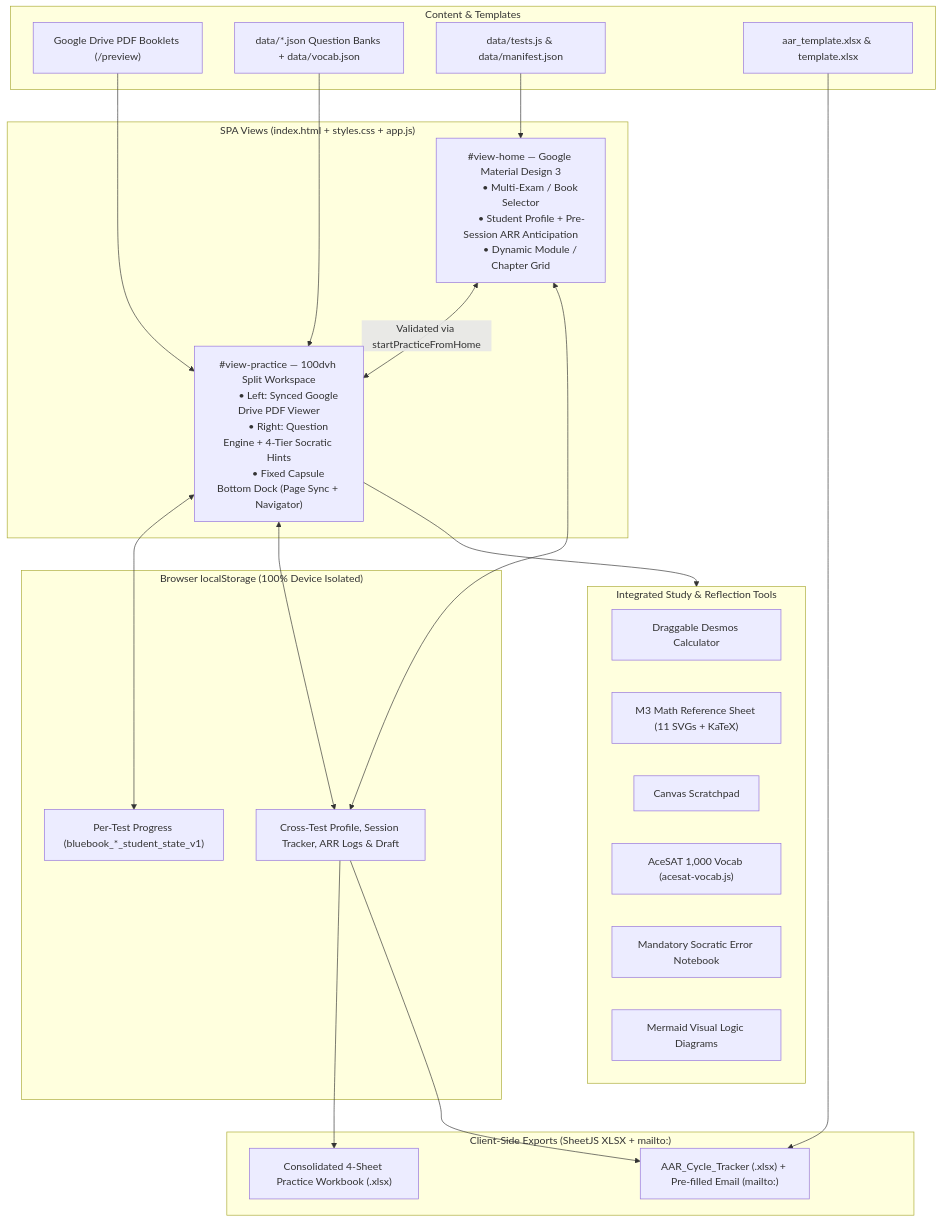
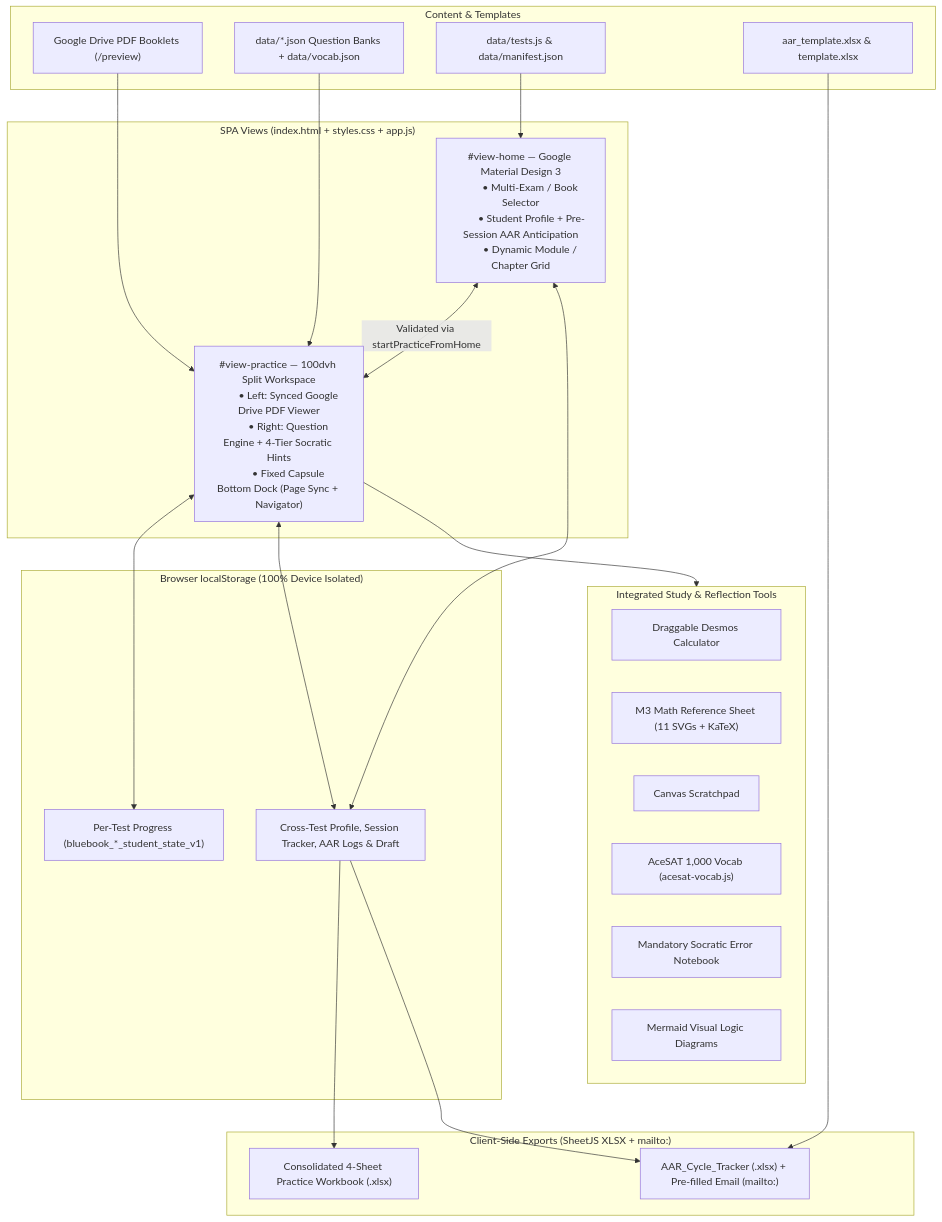
The diagram in .agents/skills/vinschool-sat-team/SKILL.md (mikepham358/vinschool-sat-team), drawn with Mermaid before and after one commit. The commit also changed other lines of this file and 7 other files, not shown here.

Commit message:
fix(aar): standardize all occurrences of ARR to AAR across the application and documentation

````diff
--- a/.agents/skills/vinschool-sat-team/SKILL.md
+++ b/.agents/skills/vinschool-sat-team/SKILL.md
@@ -21,51 +21,51 @@
 ```mermaid
 flowchart TD
     subgraph Sources["Content & Templates"]
         PDF["Google Drive PDF Booklets (/preview)"]
         JSON["data/*.json Question Banks + data/vocab.json"]
         MAN["data/tests.js & data/manifest.json"]
         TPL["aar_template.xlsx & template.xlsx"]
     end
 
     subgraph Views["SPA Views (index.html + styles.css + app.js)"]
         HOME["#view-home — Google Material Design 3
         • Multi-Exam / Book Selector
-        • Student Profile + Pre-Session ARR Anticipation
+        • Student Profile + Pre-Session AAR Anticipation
         • Dynamic Module / Chapter Grid"]
         PRAC["#view-practice — 100dvh Split Workspace
         • Left: Synced Google Drive PDF Viewer
         • Right: Question Engine + 4-Tier Socratic Hints
         • Fixed Capsule Bottom Dock (Page Sync + Navigator)"]
     end
 
     subgraph Tools["Integrated Study & Reflection Tools"]
         DESMOS["Draggable Desmos Calculator"]
         REF["M3 Math Reference Sheet (11 SVGs + KaTeX)"]
         SCR["Canvas Scratchpad"]
         VOCAB["AceSAT 1,000 Vocab (acesat-vocab.js)"]
         ERR["Mandatory Socratic Error Notebook"]
         MER["Mermaid Visual Logic Diagrams"]
     end
 
     subgraph State["Browser localStorage (100% Device Isolated)"]
         LS_T["Per-Test Progress (bluebook_*_student_state_v1)"]
-        LS_G["Cross-Test Profile, Session Tracker, ARR Logs & Draft"]
+        LS_G["Cross-Test Profile, Session Tracker, AAR Logs & Draft"]
     end
 
     subgraph Outputs["Client-Side Exports (SheetJS XLSX + mailto:)"]
         XLSX4["Consolidated 4-Sheet Practice Workbook (.xlsx)"]
         AAR_OUT["AAR_Cycle_Tracker (.xlsx) + Pre-filled Email (mailto:)"]
     end
 
     MAN --> HOME
     JSON --> PRAC
     PDF --> PRAC
     HOME <-->|Validated via startPracticeFromHome| PRAC
     PRAC --> Tools
     PRAC <--> LS_T
     HOME <--> LS_G
     PRAC <--> LS_G
     LS_G --> XLSX4
     LS_G --> AAR_OUT
     TPL --> AAR_OUT
 ```
````
